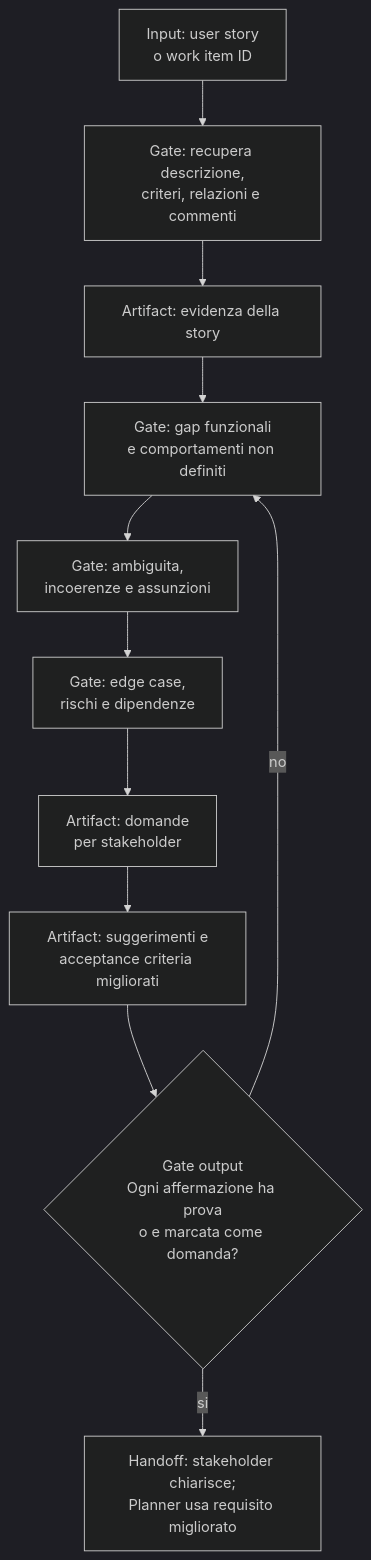
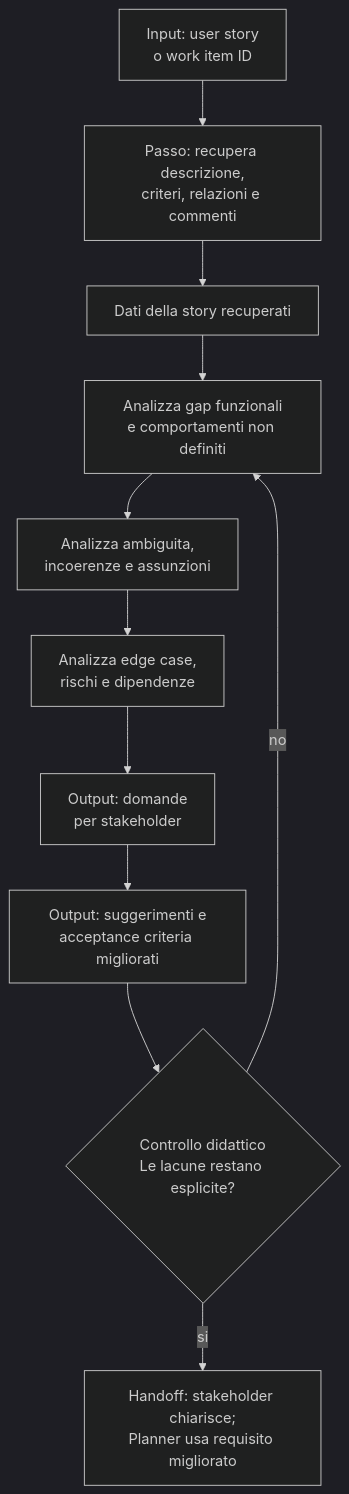
The diagram in role-maps/skills/user-story-analysis.md (violabg/agentic-system-lessons), drawn with Mermaid (dark theme) before and after one commit. The commit also changed other lines of this file and 39 other files, not shown here.

````diff
--- a/role-maps/skills/user-story-analysis.md
+++ b/role-maps/skills/user-story-analysis.md
@@ -15,13 +15,13 @@
 ```mermaid
 flowchart TD
-    Story[Input: user story<br/>o work item ID] --> Retrieve[Gate: recupera descrizione,<br/>criteri, relazioni e commenti]
-    Retrieve --> Evidence[Artifact: evidenza della story]
-    Evidence --> Gaps[Gate: gap funzionali<br/>e comportamenti non definiti]
-    Gaps --> Ambiguity[Gate: ambiguita,<br/>incoerenze e assunzioni]
-    Ambiguity --> Scenarios[Gate: edge case,<br/>rischi e dipendenze]
-    Scenarios --> Questions[Artifact: domande<br/>per stakeholder]
-    Questions --> Improve[Artifact: suggerimenti e<br/>acceptance criteria migliorati]
-    Improve --> G1{Gate output<br/>Ogni affermazione ha prova<br/>o e marcata come domanda?}
+    Story[Input: user story<br/>o work item ID] --> Retrieve[Passo: recupera descrizione,<br/>criteri, relazioni e commenti]
+    Retrieve --> Evidence[Dati della story recuperati]
+    Evidence --> Gaps[Analizza gap funzionali<br/>e comportamenti non definiti]
+    Gaps --> Ambiguity[Analizza ambiguita,<br/>incoerenze e assunzioni]
+    Ambiguity --> Scenarios[Analizza edge case,<br/>rischi e dipendenze]
+    Scenarios --> Questions[Output: domande<br/>per stakeholder]
+    Questions --> Improve[Output: suggerimenti e<br/>acceptance criteria migliorati]
+    Improve --> G1{Controllo didattico<br/>Le lacune restano esplicite?}
     G1 -->|no| Gaps
     G1 -->|si| Handoff[Handoff: stakeholder chiarisce;<br/>Planner usa requisito migliorato]
 ```
````
